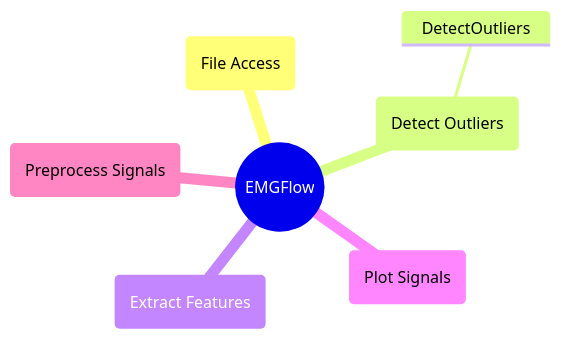
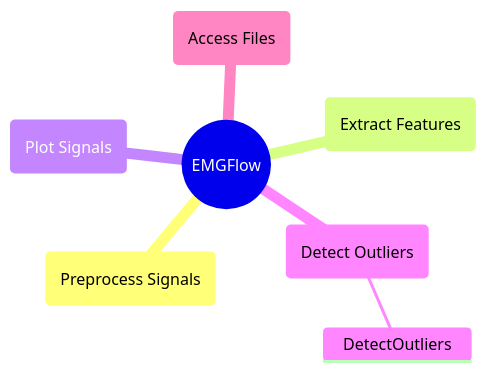
The diagram in docs/reference/detect-outliers.md (WiIIson/EMGFlow-Python-Package), drawn with Mermaid before and after one commit. The commit also changed 5 other files, not shown here.

First line of the commit message:
Reordered mindmaps

````diff
--- a/docs/reference/detect-outliers.md
+++ b/docs/reference/detect-outliers.md
@@ -7,10 +7,10 @@
 ```mermaid
 mindmap
     root((EMGFlow))
-        AF(File Access)
+        PrS(Preprocess Signals)
+        EF(Extract Features)
+        PlS(Plot Signals)
         DO(Detect Outliers)
             DetectOutliers
-        EF(Extract Features)
-        PlS(Plot Signals)
-        PrS(Preprocess Signals)
+        AF(Access Files)
 ```
````
